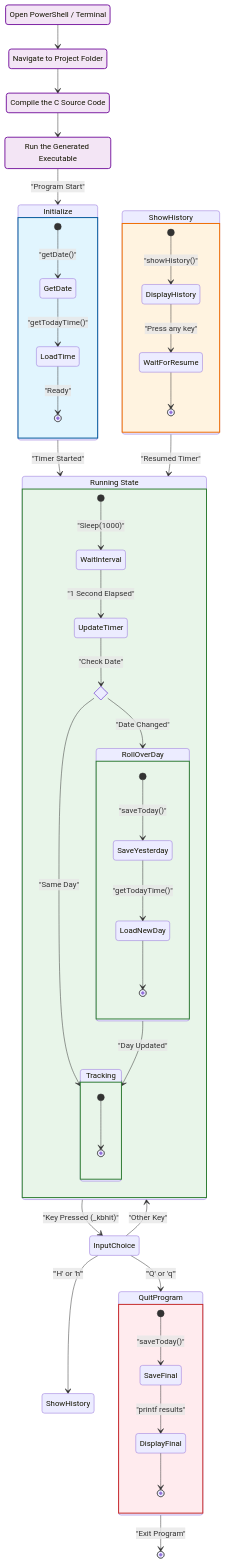
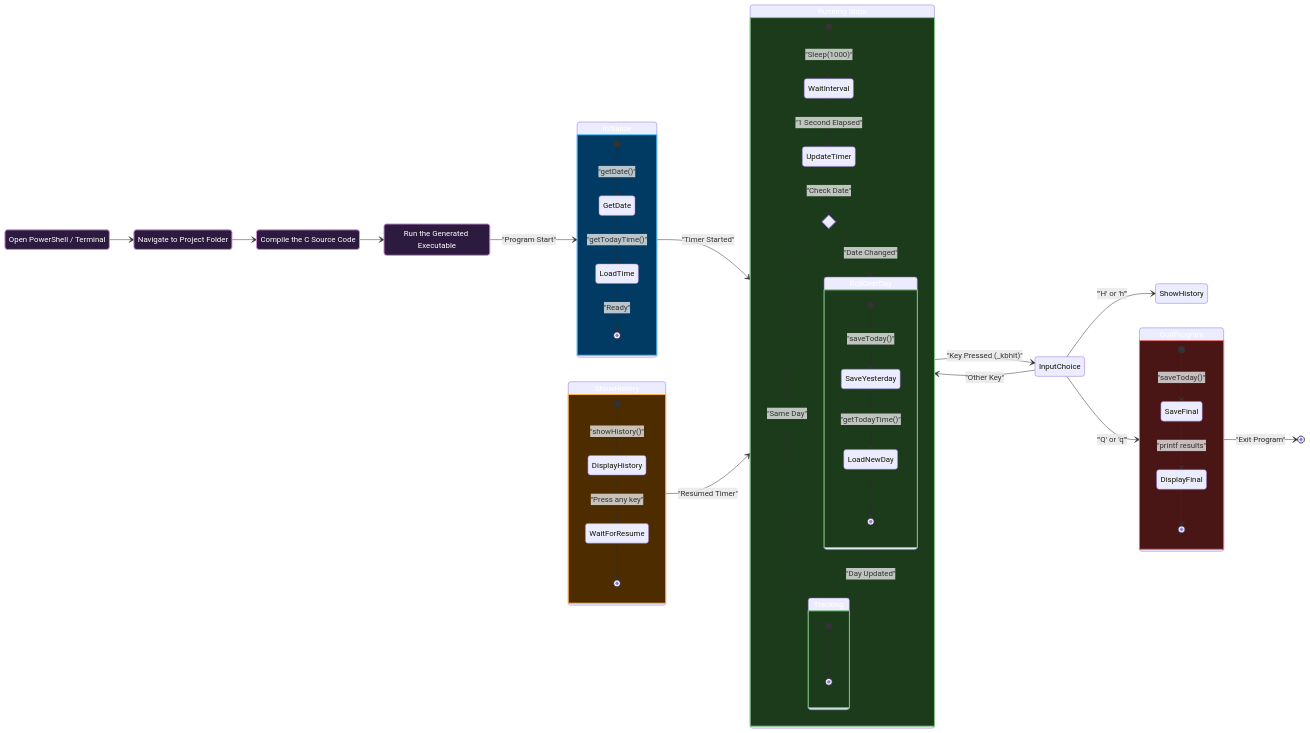
One commit to dhuru7/summer_internship_project1 changed the diagram in README.md. Above: the diagram before and after it, drawn with Mermaid.

Commit message:
Refactor mermaid state diagram in README.md

````diff
--- a/README.md
+++ b/README.md
@@ -1,79 +1,80 @@
 ```mermaid
 stateDiagram-v2
+    direction LR
 
-state "Open PowerShell / Terminal" as OpenTerminal
-state "Navigate to Project Folder" as NavFolder
-state "Compile the C Source Code" as Compile
-state "Run the Generated Executable" as RunExe
+    state "Open PowerShell / Terminal" as OpenTerminal
+    state "Navigate to Project Folder" as NavFolder
+    state "Compile the C Source Code" as Compile
+    state "Run the Generated Executable" as RunExe
 
-OpenTerminal --> NavFolder
-NavFolder --> Compile
-Compile --> RunExe
-RunExe --> Init : "Program Start"
+    OpenTerminal --> NavFolder
+    NavFolder --> Compile
+    Compile --> RunExe
+    RunExe --> Init : "Program Start"
 
-state "Initialize" as Init {
-    [*] --> GetDate : "getDate()"
-    GetDate --> LoadTime : "getTodayTime()"
-    LoadTime --> [*] : "Ready"
-}
-
-Init --> Running : "Timer Started"
-
-state "Running State" as Running {
-    [*] --> WaitInterval : "Sleep(1000)"
-    WaitInterval --> UpdateTimer : "1 Second Elapsed"
-
-    state DateCheckChoice <<choice>>
-    UpdateTimer --> DateCheckChoice : "Check Date"
-
-    DateCheckChoice --> Tracking : "Same Day"
-    DateCheckChoice --> RollOver : "Date Changed"
-
-    state "Tracking" as Tracking {
-        [*] --> [*]
+    state "Initialize" as Init {
+        [*] --> GetDate : "getDate()"
+        GetDate --> LoadTime : "getTodayTime()"
+        LoadTime --> [*] : "Ready"
     }
 
-    state "RollOverDay" as RollOver {
-        [*] --> SaveYesterday : "saveToday()"
-        SaveYesterday --> LoadNewDay : "getTodayTime()"
-        LoadNewDay --> [*]
+    Init --> Running : "Timer Started"
+
+    state "Running State" as Running {
+        [*] --> WaitInterval : "Sleep(1000)"
+        WaitInterval --> UpdateTimer : "1 Second Elapsed"
+
+        state DateCheckChoice <<choice>>
+        UpdateTimer --> DateCheckChoice : "Check Date"
+
+        DateCheckChoice --> Tracking : "Same Day"
+        DateCheckChoice --> RollOver : "Date Changed"
+
+        state "Tracking" as Tracking {
+            [*] --> [*]
+        }
+
+        state "RollOverDay" as RollOver {
+            [*] --> SaveYesterday : "saveToday()"
+            SaveYesterday --> LoadNewDay : "getTodayTime()"
+            LoadNewDay --> [*]
+        }
+
+        RollOver --> Tracking : "Day Updated"
     }
 
-    RollOver --> Tracking : "Day Updated"
-}
+    Running --> InputChoice : "Key Pressed (_kbhit)"
 
-Running --> InputChoice : "Key Pressed (_kbhit)"
+    state InputChoice <<choice>>
+    InputChoice --> Running : "Other Key"
+    InputChoice --> ShowHistory : "'H' or 'h'"
+    InputChoice --> Quit : "'Q' or 'q'"
 
-state InputChoice <<choice>>
-InputChoice --> Running : "Other Key"
-InputChoice --> ShowHistory : "'H' or 'h'"
-InputChoice --> Quit : "'Q' or 'q'"
+    state "ShowHistory" as History {
+        [*] --> DisplayHistory : "showHistory()"
+        DisplayHistory --> WaitForResume : "Press any key"
+        WaitForResume --> [*]
+    }
 
-state "ShowHistory" as History {
-    [*] --> DisplayHistory : "showHistory()"
-    DisplayHistory --> WaitForResume : "Press any key"
-    WaitForResume --> [*]
-}
+    History --> Running : "Resumed Timer"
 
-History --> Running : "Resumed Timer"
+    state "QuitProgram" as Quit {
+        [*] --> SaveFinal : "saveToday()"
+        SaveFinal --> DisplayFinal : "printf results"
+        DisplayFinal --> [*]
+    }
 
-state "QuitProgram" as Quit {
-    [*] --> SaveFinal : "saveToday()"
-    SaveFinal --> DisplayFinal : "printf results"
-    DisplayFinal --> [*]
-}
+    Quit --> [*] : "Exit Program"
 
-Quit --> [*] : "Exit Program"
+    classDef setupStyle fill:#2c1b3f,stroke:#ce93d8,stroke-width:2px,color:#ffffff;
+    classDef initStyle fill:#013a63,stroke:#4fc3f7,stroke-width:2px,color:#ffffff;
+    classDef runStyle fill:#1b3b1a,stroke:#81c784,stroke-width:2px,color:#ffffff;
+    classDef histStyle fill:#4d2c00,stroke:#ffb74d,stroke-width:2px,color:#ffffff;
+    classDef quitStyle fill:#4a1515,stroke:#e57373,stroke-width:2px,color:#ffffff;
 
-classDef setupStyle fill:#f3e5f5,stroke:#7b1fa2,stroke-width:2px;
-classDef initStyle fill:#e1f5fe,stroke:#01579b,stroke-width:2px;
-classDef runStyle fill:#e8f5e9,stroke:#2e7d32,stroke-width:2px;
-classDef histStyle fill:#fff3e0,stroke:#ef6c00,stroke-width:2px;
-classDef quitStyle fill:#ffebee,stroke:#c62828,stroke-width:2px;
-
-class OpenTerminal,NavFolder,Compile,RunExe setupStyle
-class Init initStyle
-class Running,Tracking,RollOver runStyle
-class History histStyle
-class Quit quitStyle
+    class OpenTerminal,NavFolder,Compile,RunExe setupStyle
+    class Init initStyle
+    class Running,Tracking,RollOver runStyle
+    class History histStyle
+    class Quit quitStyle
 ```
````
